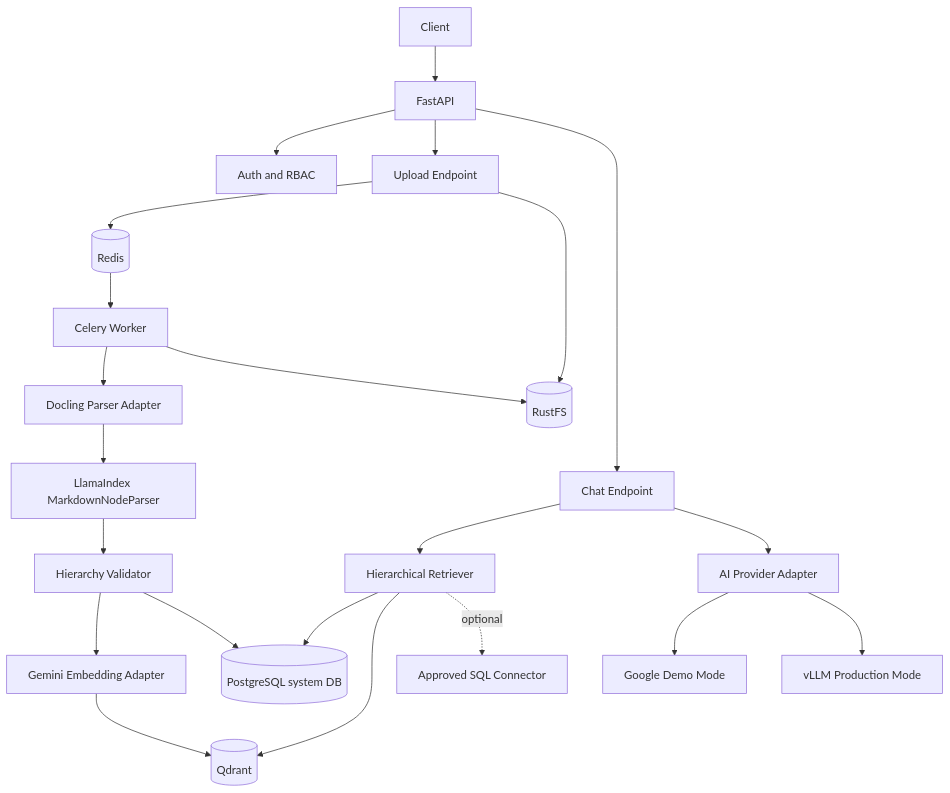
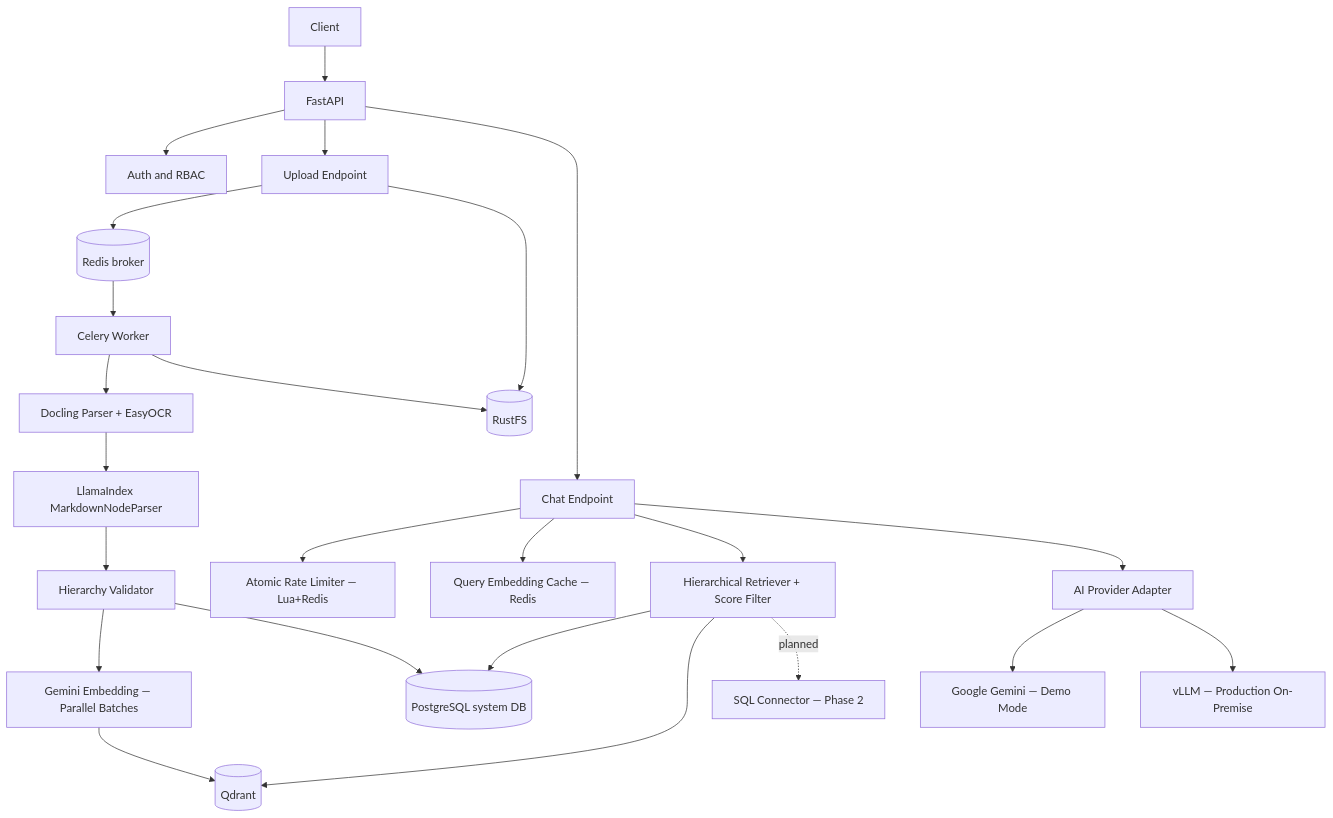
The diagram in docs/01_SYSTEM_ARCHITECTURE.md (qtuanph/chatbot-rag), drawn with Mermaid before and after one commit. The commit also changed other lines of this file and 28 other files, not shown here.

Commit message:
feat: implement RAG ingestion pipeline with multi-adapter embedding support and parallel batch processing

````diff
--- a/docs/01_SYSTEM_ARCHITECTURE.md
+++ b/docs/01_SYSTEM_ARCHITECTURE.md
@@ -22,28 +24,30 @@
 ```mermaid
 graph TD
     Client[Client] --> API[FastAPI]
     API --> Auth[Auth and RBAC]
     API --> Upload[Upload Endpoint]
     API --> Chat[Chat Endpoint]
 
-    Upload --> Redis[(Redis)]
+    Upload --> Redis[(Redis broker)]
     Redis --> Worker[Celery Worker]
 
-    Worker --> Parser[Docling Parser Adapter]
+    Worker --> Parser[Docling Parser + EasyOCR]
     Parser --> NodeParser[LlamaIndex MarkdownNodeParser]
     NodeParser --> Validator[Hierarchy Validator]
-    Validator --> Embedder[Gemini Embedding Adapter]
+    Validator --> Embedder[Gemini Embedding — Parallel Batches]
     Embedder --> Qdrant[(Qdrant)]
     Validator --> PG[(PostgreSQL system DB)]
 
     Upload --> RustFS[(RustFS)]
     Worker --> RustFS
 
-    Chat --> Retriever[Hierarchical Retriever]
+    Chat --> Throttle[Atomic Rate Limiter — Lua+Redis]
+    Chat --> QueryCache[Query Embedding Cache — Redis]
+    Chat --> Retriever[Hierarchical Retriever + Score Filter]
     Retriever --> PG
     Retriever --> Qdrant
-    Retriever -. optional .-> SQLConnector[Approved SQL Connector]
+    Retriever -. planned -.-> SQLConnector[SQL Connector — Phase 2]
     Chat --> LLM[AI Provider Adapter]
-    LLM --> Google[Google Demo Mode]
-    LLM --> vLLM[vLLM Production Mode]
+    LLM --> Google[Google Gemini — Demo Mode]
+    LLM --> vLLM[vLLM — Production On-Premise]
 ```
````
